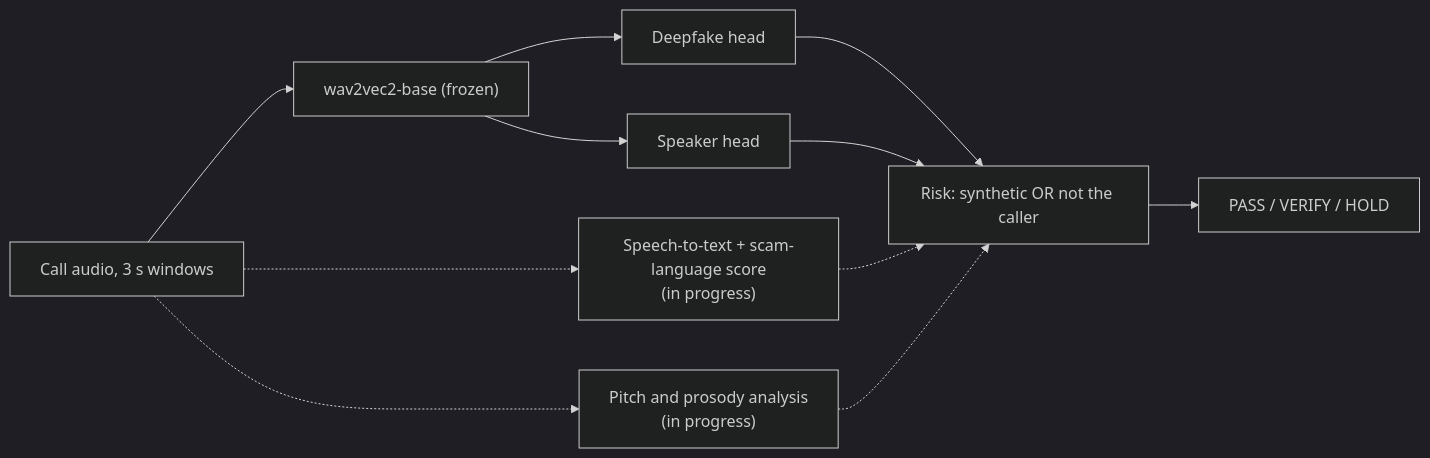
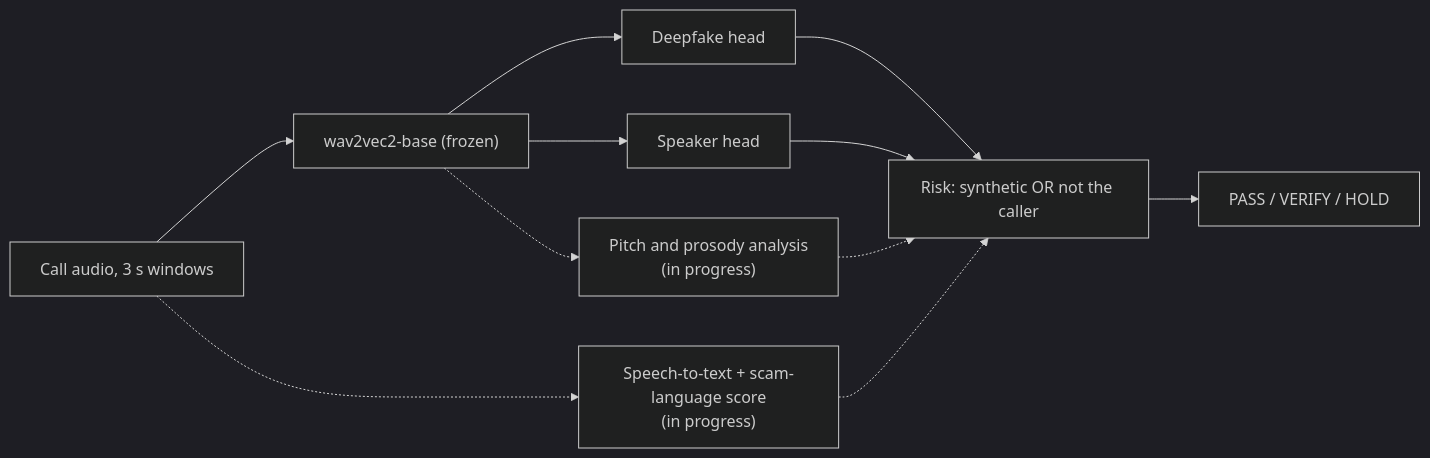
One commit to asmit-1101/satyavaani changed the diagram in README.md. Above: the diagram before and after it, drawn with Mermaid (dark theme).

Commit message:
Modify flowchart to change node connections
Updated the flowchart in README to reflect changes in the pitch and prosody analysis step.

````diff
--- a/README.md
+++ b/README.md
@@ -11,13 +11,14 @@
 ```mermaid
 flowchart LR
     A["Call audio, 3 s windows"] --> B["wav2vec2-base (frozen)"]
     B --> C["Deepfake head"]
     B --> D["Speaker head"]
     C --> E["Risk: synthetic OR not the caller"]
     D --> E
     E --> F["PASS / VERIFY / HOLD"]
     A -.-> G["Speech-to-text + scam-language score<br/>(in progress)"]
-    A -.-> H["Pitch and prosody analysis<br/>(in progress)"]
+    B -.-> H["Pitch and prosody analysis<br/>(in progress)"]
     G -.-> E
     H -.-> E
+
 ```
````
